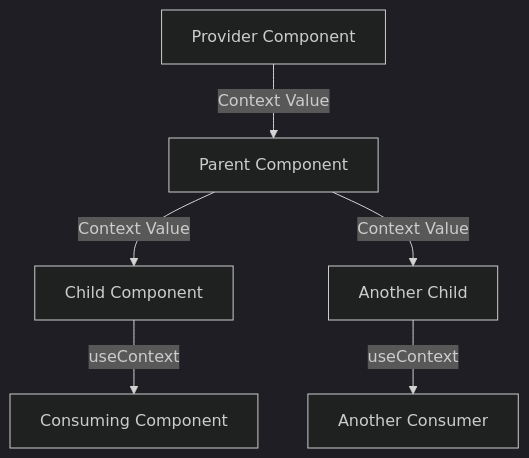
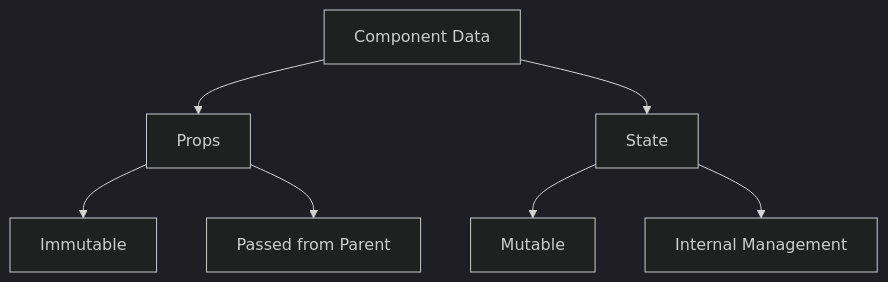
Before and after one commit to KRISACHAN/ying-web: the third of 4 diagrams in apps/fe-docs/pages/interview/react/1-core-concepts.mdx, drawn with Mermaid (dark theme). The commit also changed other lines of this file and 12 other files, not shown here.

````diff
--- a/apps/fe-docs/pages/interview/react/1-core-concepts.mdx
+++ b/apps/fe-docs/pages/interview/react/1-core-concepts.mdx
@@ -139,8 +146,9 @@
 ```mermaid
 graph TD
-    A[Provider Component] -->|Context Value| B[Parent Component]
-    B -->|Context Value| C[Child Component]
-    B -->|Context Value| D[Another Child]
-    C -->|useContext| E[Consuming Component]
-    D -->|useContext| F[Another Consumer]
+    A[Component Data] --> B[Props]
+    A --> C[State]
+    B --> D[Immutable]
+    B --> E[Passed from Parent]
+    C --> F[Mutable]
+    C --> G[Internal Management]
 ```
````
